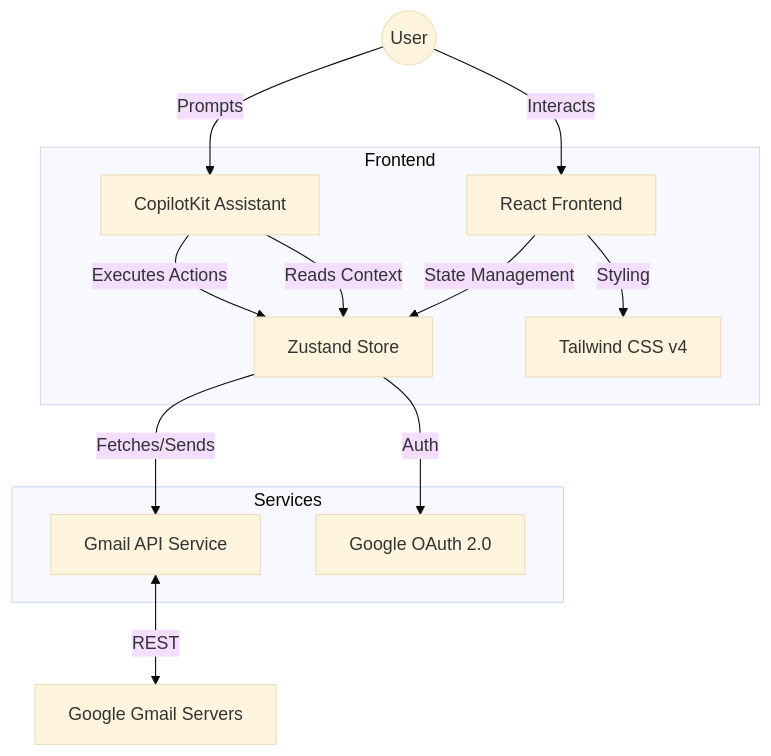
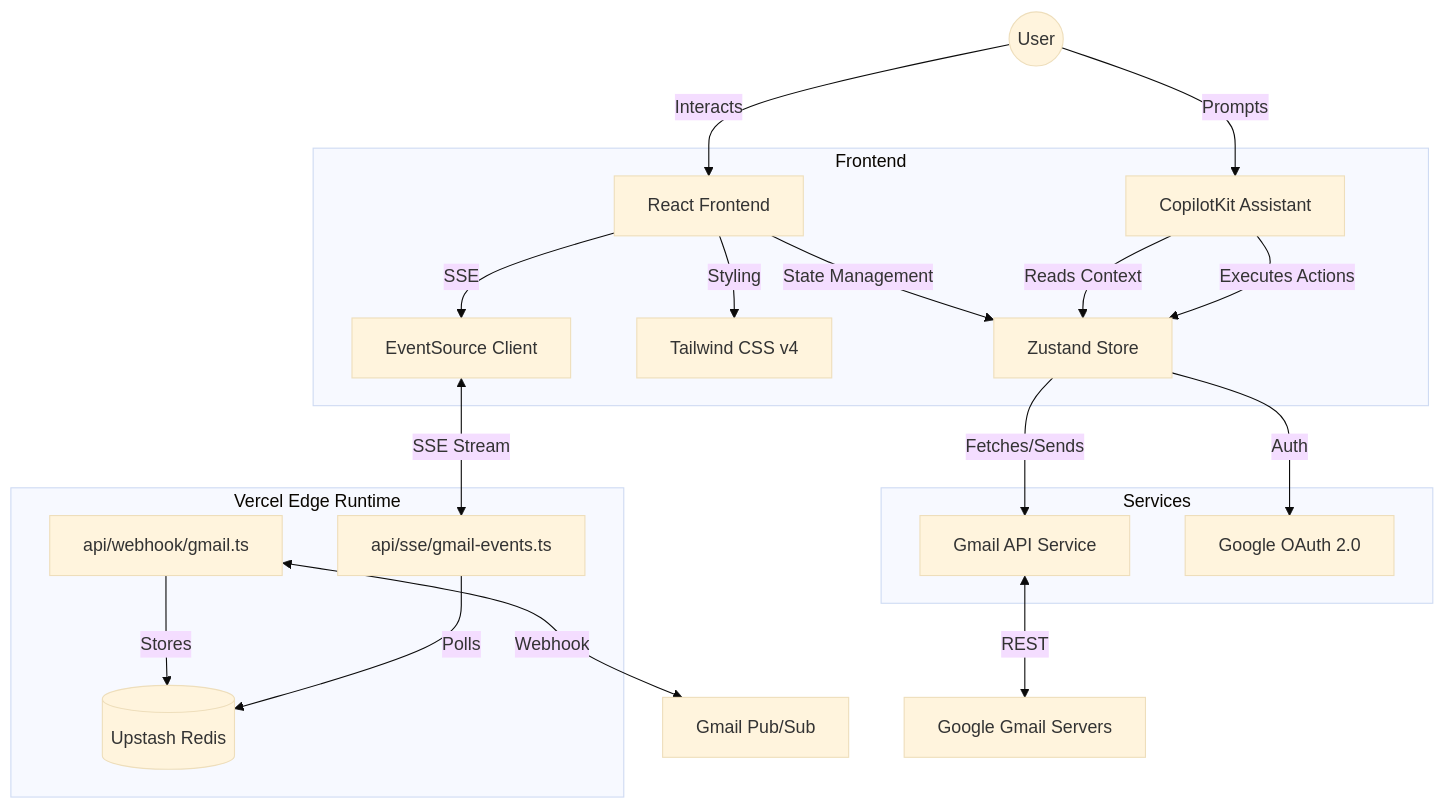
One commit to krockxz/MailFlowAI changed the diagram in README.md. Above: the diagram before and after it, drawn with Mermaid (base theme). The commit also changed other lines of this file and 25 other files, not shown here.

Commit message:
feat: Implement SSE client and server for real-time notifications and Gmail event synchronization, alongside core application setup and Google authentication.

````diff
--- a/README.md
+++ b/README.md
@@ -12,19 +12,29 @@
 ```mermaid
 graph TD
     User((User)) -->|Interacts| UI[React Frontend]
     User -->|Prompts| AI[CopilotKit Assistant]
-  
+
     subgraph Frontend
         UI -->|State Management| Store[Zustand Store]
         UI -->|Styling| TW[Tailwind CSS v4]
         AI -->|Reads Context| Store
         AI -->|Executes Actions| Store
+        UI -->|SSE| SSE[EventSource Client]
     end
-  
+
+    subgraph "Vercel Edge Runtime"
+        Webhook[api/webhook/gmail.ts]
+        SSEEP[api/sse/gmail-events.ts]
+        Webhook -->|Stores| Redis[(Upstash Redis)]
+        SSEEP -->|Polls| Redis
+    end
+
     subgraph Services
         Store -->|Fetches/Sends| API[Gmail API Service]
         Store -->|Auth| Auth[Google OAuth 2.0]
     end
-  
+
+    SSE <-->|SSE Stream| SSEEP
+    Webhook <-->|Webhook| GmailPubSub[Gmail Pub/Sub]
     API <-->|REST| Gmail[Google Gmail Servers]
 ```
````
